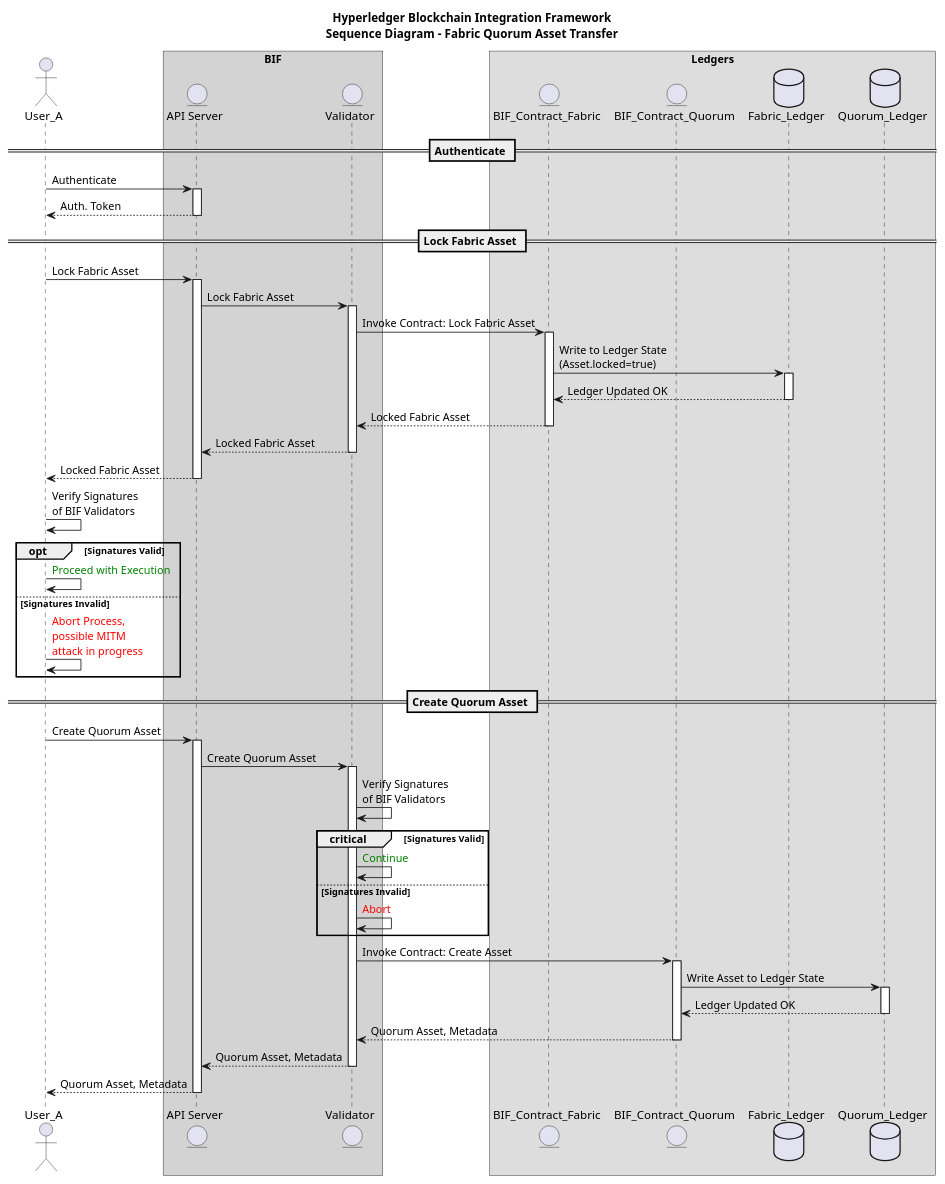
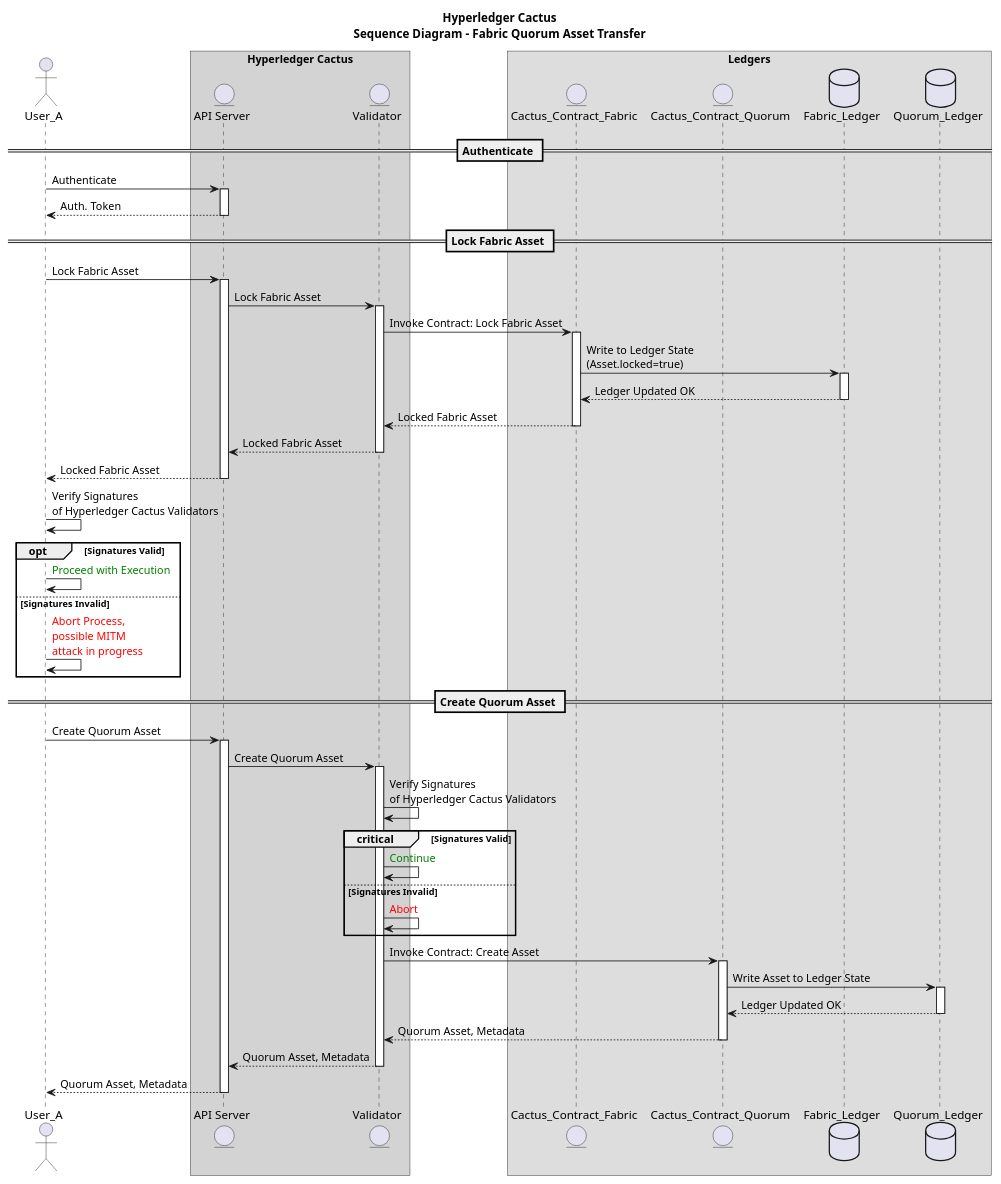
Before and after one commit to hyperledger-cacti/cacti: the diagram in docs/whitepaper/use-case-sequence-diagram-fabric-quorum-asset-transfer.puml, drawn with PlantUML. The commit also changed 32 other files, not shown here.

Commit message:
docs: Name change to Hyperledger Cactus

```diff
--- a/docs/whitepaper/use-case-sequence-diagram-fabric-quorum-asset-transfer.puml
+++ b/docs/whitepaper/use-case-sequence-diagram-fabric-quorum-asset-transfer.puml
@@ -1,69 +1,69 @@
 @startuml Sequence Diagram - Fabric Quorum Asset Transfer
 
-title Hyperledger Blockchain Integration Framework\nSequence Diagram - Fabric Quorum Asset Transfer
+title Hyperledger Cactus\nSequence Diagram - Fabric Quorum Asset Transfer
 
 actor User_A as a
 
-box "BIF" #LightGray
+box "Hyperledger Cactus" #LightGray
 entity "API Server" as apis
 entity "Validator" as v
 end box
 
 box "Ledgers"
-entity BIF_Contract_Fabric as c1
-entity BIF_Contract_Quorum as c2
+entity Cactus_Contract_Fabric as c1
+entity Cactus_Contract_Quorum as c2
 database Fabric_Ledger as d1
 database Quorum_Ledger as d2
 end box
 
 autoactivate on
 
 == Authenticate ==
 
 a -> apis: Authenticate
 return Auth. Token
 
 == Lock Fabric Asset ==
 
 a -> apis: Lock Fabric Asset
 
   apis -> v: Lock Fabric Asset
     v -> c1: Invoke Contract: Lock Fabric Asset
       c1 -> d1: Write to Ledger State \n(Asset.locked=true)
       return Ledger Updated OK
     return Locked Fabric Asset
   return Locked Fabric Asset
 return Locked Fabric Asset
 
 autoactivate off
-a -> a: Verify Signatures\nof BIF Validators
+a -> a: Verify Signatures\nof Hyperledger Cactus Validators
 opt Signatures Valid
   a -> a: <color green>Proceed with Execution</color>
 else Signatures Invalid
   a -> a: <color red>Abort Process,\n<color red>possible MITM\n<color red>attack in progress
 end
 autoactivate on
 
 == Create Quorum Asset ==
 
 a -> apis: Create Quorum Asset
 
   apis -> v: Create Quorum Asset
 
     autoactivate off
-    v -> v: Verify Signatures\nof BIF Validators
+    v -> v: Verify Signatures\nof Hyperledger Cactus Validators
     critical Signatures Valid
       v -> v: <color green>Continue
     else Signatures Invalid
       v -> v: <color red>Abort
     end
     autoactivate on
 
     v -> c2: Invoke Contract: Create Asset
       c2 -> d2: Write Asset to Ledger State
       return Ledger Updated OK
     return Quorum Asset, Metadata
   return Quorum Asset, Metadata
 return Quorum Asset, Metadata
 
 @enduml
```
